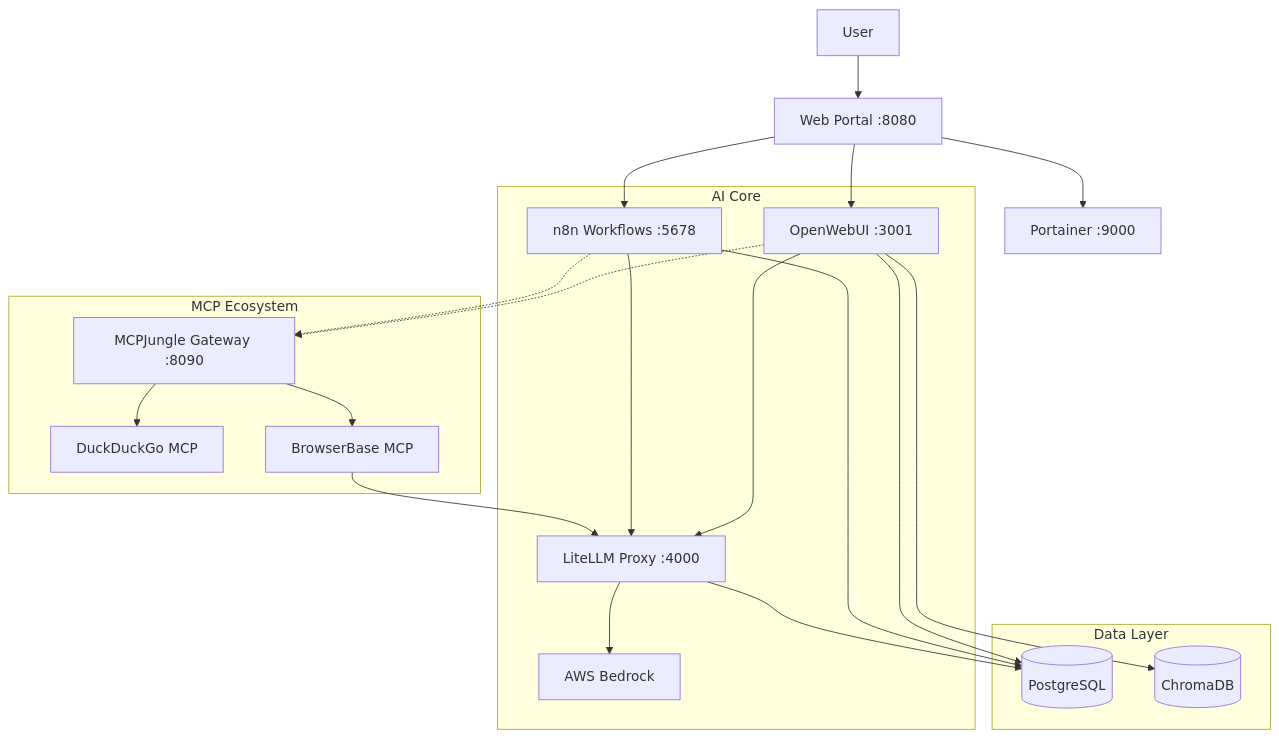
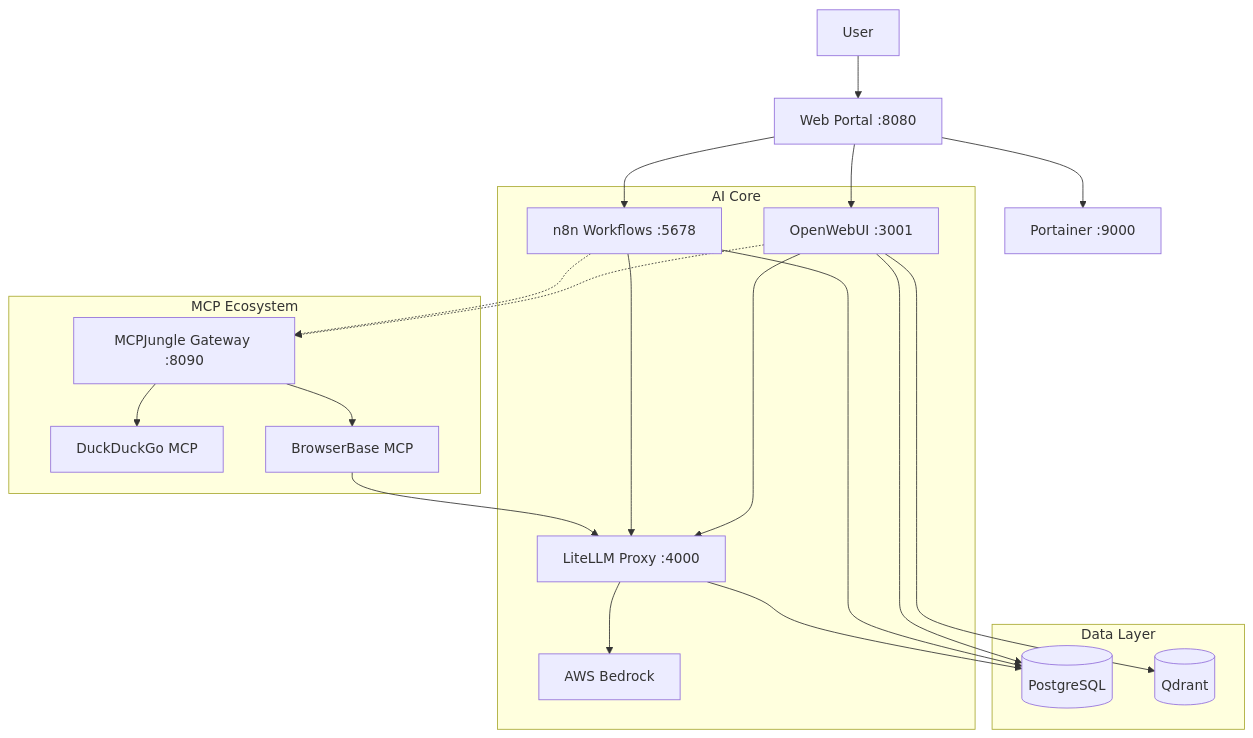
The diagram in README.md (groovysquirrel/project_pluto), drawn with Mermaid before and after one commit. The commit also changed other lines of this file and 22 other files, not shown here.

````diff
--- a/README.md
+++ b/README.md
@@ -26,32 +25,32 @@
 ```mermaid
 graph TD
     User[User] --> Portal[Web Portal :8080]
     Portal --> OpenWebUI[OpenWebUI :3001]
     Portal --> n8n[n8n Workflows :5678]
     Portal --> Portainer[Portainer :9000]
     
     subgraph Data Layer
         Postgres[(PostgreSQL)]
-        Chroma[(ChromaDB)]
+        Qdrant[(Qdrant)]
     end
 
     subgraph AI Core
         OpenWebUI --> LiteLLM[LiteLLM Proxy :4000]
         n8n --> LiteLLM
         LiteLLM --> AWS[AWS Bedrock]
-        OpenWebUI --> Chroma
+        OpenWebUI --> Qdrant
     end
 
     subgraph MCP Ecosystem
         MCPJungle[MCPJungle Gateway :8090]
         OpenWebUI -.-> MCPJungle
         n8n -.-> MCPJungle
         MCPJungle --> DDG[DuckDuckGo MCP]
         MCPJungle --> BrowserBase[BrowserBase MCP]
         BrowserBase --> LiteLLM
     end
 
     OpenWebUI --> Postgres
     n8n --> Postgres
     LiteLLM --> Postgres
 ```
````
